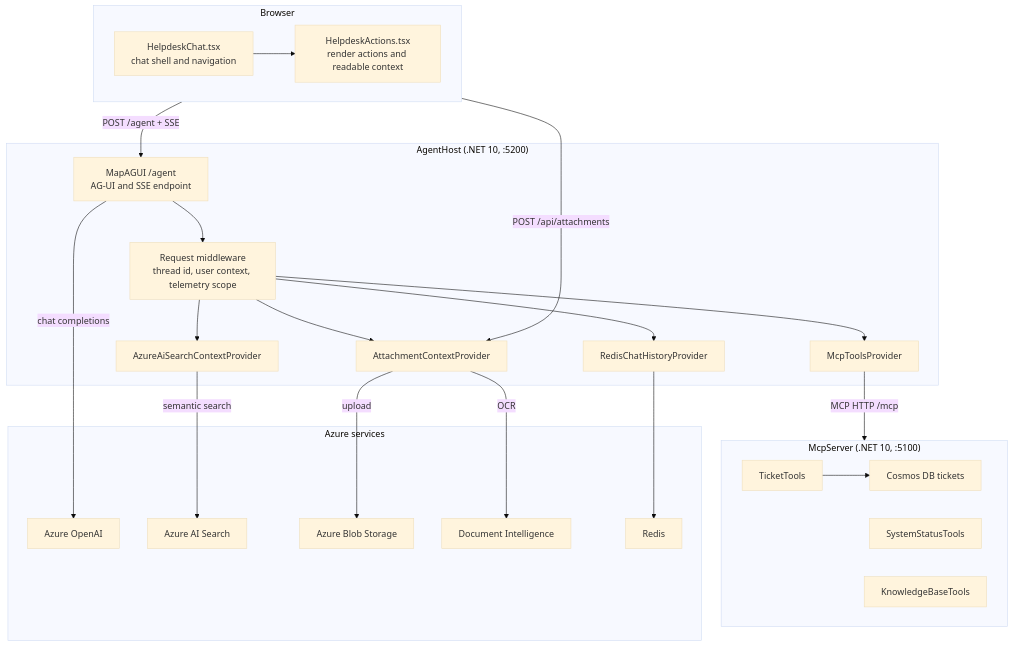
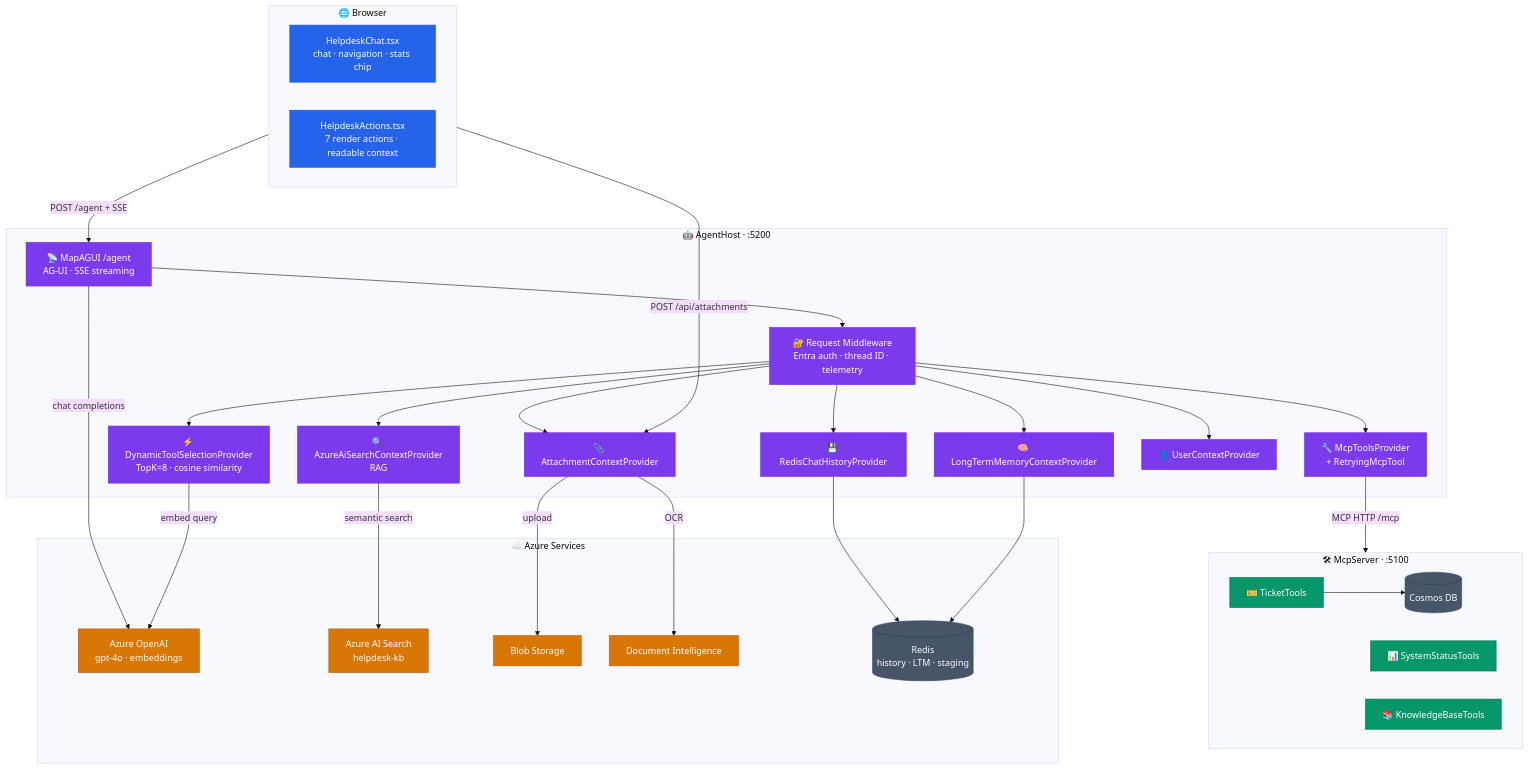
One commit to sreyanchoudhury/HelpdeskAI.CSharp changed the first of 2 diagrams in README.md. Above: the diagram before and after it, drawn with Mermaid (base theme). The commit also changed other lines of this file and 5 other files, not shown here.

````diff
--- a/README.md
+++ b/README.md
@@ -109,49 +109,68 @@
 ```mermaid
 flowchart TD
-    subgraph Browser["Browser"]
-        FE1["HelpdeskChat.tsx<br/>chat shell and navigation"]
-        FE2["HelpdeskActions.tsx<br/>render actions and readable context"]
+    classDef fe   fill:#2563eb,stroke:#1d4ed8,color:#fff
+    classDef ah   fill:#7c3aed,stroke:#6d28d9,color:#fff
+    classDef mcp  fill:#059669,stroke:#047857,color:#fff
+    classDef svc  fill:#d97706,stroke:#b45309,color:#fff
+    classDef db   fill:#475569,stroke:#334155,color:#fff
+
+    subgraph Browser["🌐  Browser"]
+        FE1["HelpdeskChat.tsx<br/>chat · navigation · stats chip"]
+        FE2["HelpdeskActions.tsx<br/>7 render actions · readable context"]
     end
 
-    subgraph AgentHost["AgentHost (.NET 10, :5200)"]
-        AH1["MapAGUI /agent<br/>AG-UI and SSE endpoint"]
-        AH2["Request middleware<br/>thread id, user context, telemetry scope"]
-        AH3["AttachmentContextProvider"]
-        AH4["AzureAiSearchContextProvider"]
-        AH5["McpToolsProvider"]
-        AH6["RedisChatHistoryProvider"]
+    subgraph AgentHost["🤖  AgentHost  ·  :5200"]
+        AH1["📡 MapAGUI /agent<br/>AG-UI · SSE streaming"]
+        AH2["🔐 Request Middleware<br/>Entra auth · thread ID · telemetry"]
+        AH3["📎 AttachmentContextProvider"]
+        AH4["🔍 AzureAiSearchContextProvider<br/>RAG"]
+        AH5["🔧 McpToolsProvider<br/>+ RetryingMcpTool"]
+        AH6["💾 RedisChatHistoryProvider"]
+        AH7["⚡ DynamicToolSelectionProvider<br/>TopK=8 · cosine similarity"]
+        AH8["🧠 LongTermMemoryContextProvider"]
+        AH9["👤 UserContextProvider"]
     end
 
-    subgraph McpServer["McpServer (.NET 10, :5100)"]
-        MS1["TicketTools"]
-        MS2["SystemStatusTools"]
-        MS3["KnowledgeBaseTools"]
-        COSMOS["Cosmos DB tickets"]
+    subgraph McpServer["🛠  McpServer  ·  :5100"]
+        MS1["🎫 TicketTools"]
+        MS2["📊 SystemStatusTools"]
+        MS3["📚 KnowledgeBaseTools"]
+        COSMOS[("Cosmos DB")]
     end
 
-    subgraph Azure["Azure services"]
-        AOA["Azure OpenAI"]
-        AIS["Azure AI Search"]
-        ABS["Azure Blob Storage"]
+    subgraph Azure["☁️  Azure Services"]
+        AOA["Azure OpenAI<br/>gpt-4o · embeddings"]
+        AIS["Azure AI Search<br/>helpdesk-kb"]
+        ABS["Blob Storage"]
         ADI["Document Intelligence"]
-        REDIS["Redis"]
+        REDIS[("Redis<br/>history · LTM · staging")]
     end
 
-    FE1 --> FE2
     Browser -->|POST /agent + SSE| AH1
     Browser -->|POST /api/attachments| AH3
 
     AH1 --> AH2
     AH2 --> AH3
     AH2 --> AH4
     AH2 --> AH5
     AH2 --> AH6
+    AH2 --> AH7
+    AH2 --> AH8
+    AH2 --> AH9
 
     AH5 -->|MCP HTTP /mcp| McpServer
     MS1 --> COSMOS
     AH1 -->|chat completions| AOA
+    AH7 -->|embed query| AOA
     AH4 -->|semantic search| AIS
     AH3 -->|upload| ABS
     AH3 -->|OCR| ADI
     AH6 --> REDIS
+    AH8 --> REDIS
+
+    class FE1,FE2 fe
+    class AH1,AH2,AH3,AH4,AH5,AH6,AH7,AH8,AH9 ah
+    class MS1,MS2,MS3 mcp
+    class COSMOS,REDIS db
+    class AOA,AIS,ABS,ADI svc
 ```
````
